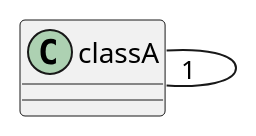
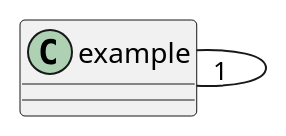
Before and after one commit to Blackphantom96/PlantUMLErrors: the diagram in WebApp/src/main/webapp/resources/diagram.wsd, drawn with PlantUML. The commit also changed 13 other files, not shown here.

```diff
--- a/WebApp/src/main/webapp/resources/diagram.wsd
+++ b/WebApp/src/main/webapp/resources/diagram.wsd
@@ -1,4 +1,4 @@
 @startuml
-classA -- "1" classA
-class classA
+  class example
+  example -- "1" example
 @enduml
```
